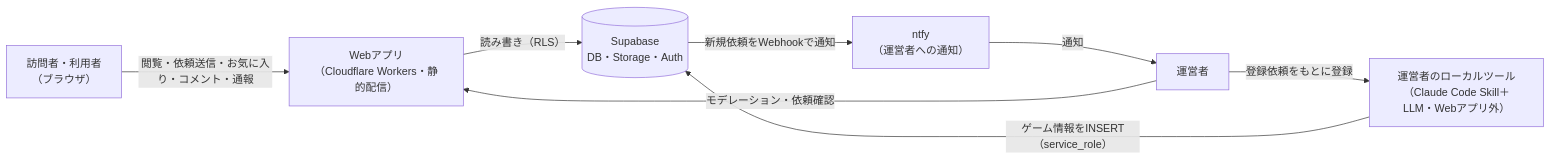
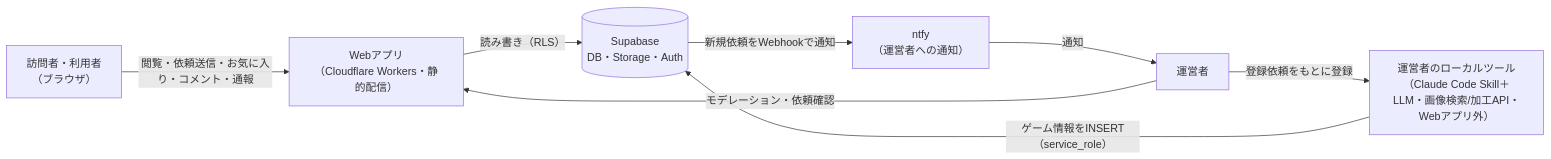
One commit to zakiyama0108/benriyatool changed the first of 6 diagrams in specs/board-game-rules/architecture.md. Above: the diagram before and after it, drawn with Mermaid. The commit also changed other lines of this file and 15 other files, not shown here.

````diff
--- a/specs/board-game-rules/architecture.md
+++ b/specs/board-game-rules/architecture.md
@@ -22,17 +22,17 @@
 ```mermaid
 flowchart LR
     users["訪問者・利用者<br>（ブラウザ）"]
     admin["運営者"]
     webapp["Webアプリ<br>（Cloudflare Workers・静的配信）"]
     supabase[("Supabase<br>DB・Storage・Auth")]
     ntfy["ntfy<br>（運営者への通知）"]
-    localTool["運営者のローカルツール<br>（Claude Code Skill＋LLM・Webアプリ外）"]
+    localTool["運営者のローカルツール<br>（Claude Code Skill＋LLM・画像検索/加工API・Webアプリ外）"]
 
     users -->|閲覧・依頼送信・お気に入り・コメント・通報| webapp
     admin -->|モデレーション・依頼確認| webapp
     webapp -->|読み書き（RLS）| supabase
     supabase -->|新規依頼をWebhookで通知| ntfy
     ntfy -->|通知| admin
     admin -->|登録依頼をもとに登録| localTool
     localTool -->|ゲーム情報をINSERT（service_role）| supabase
 ```
````
